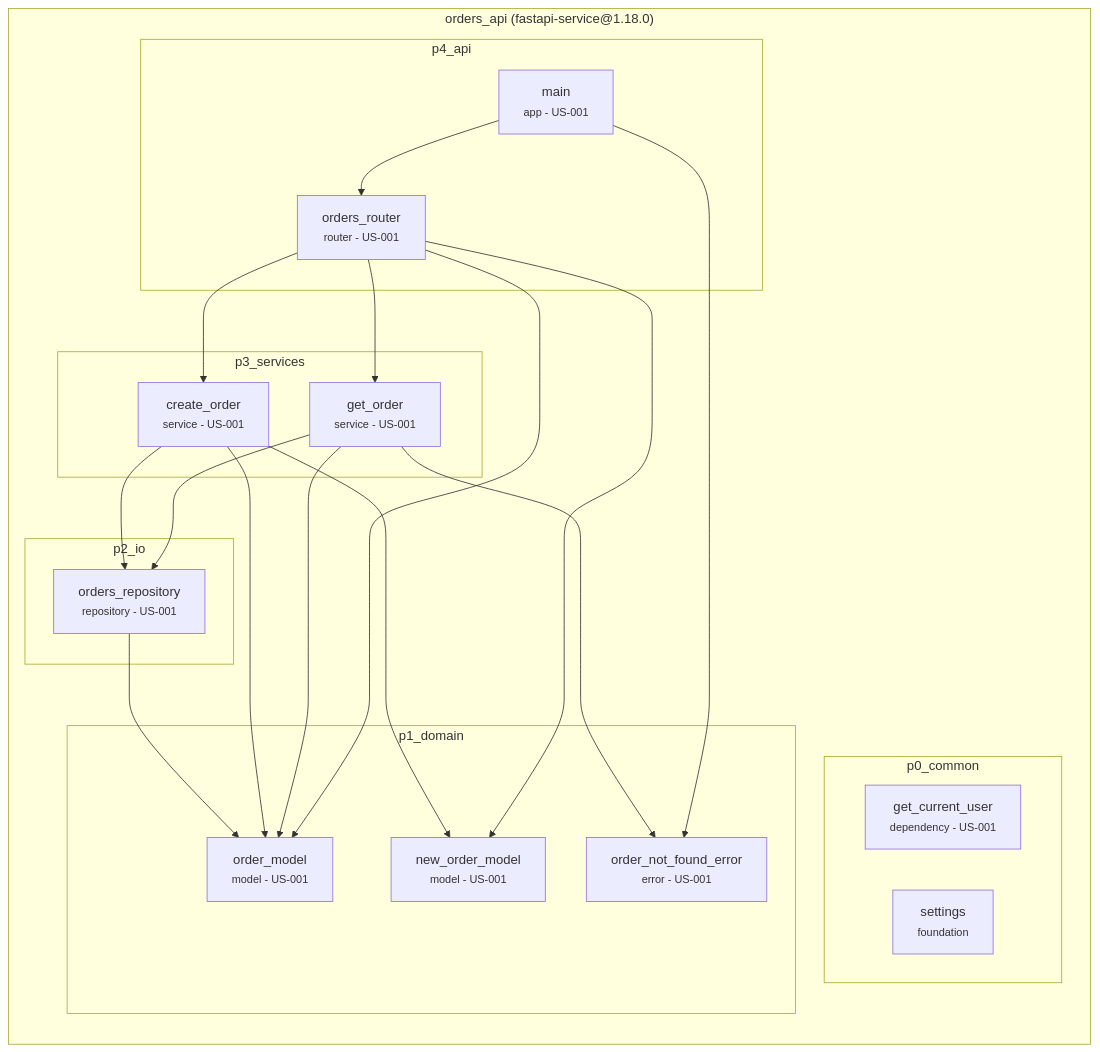
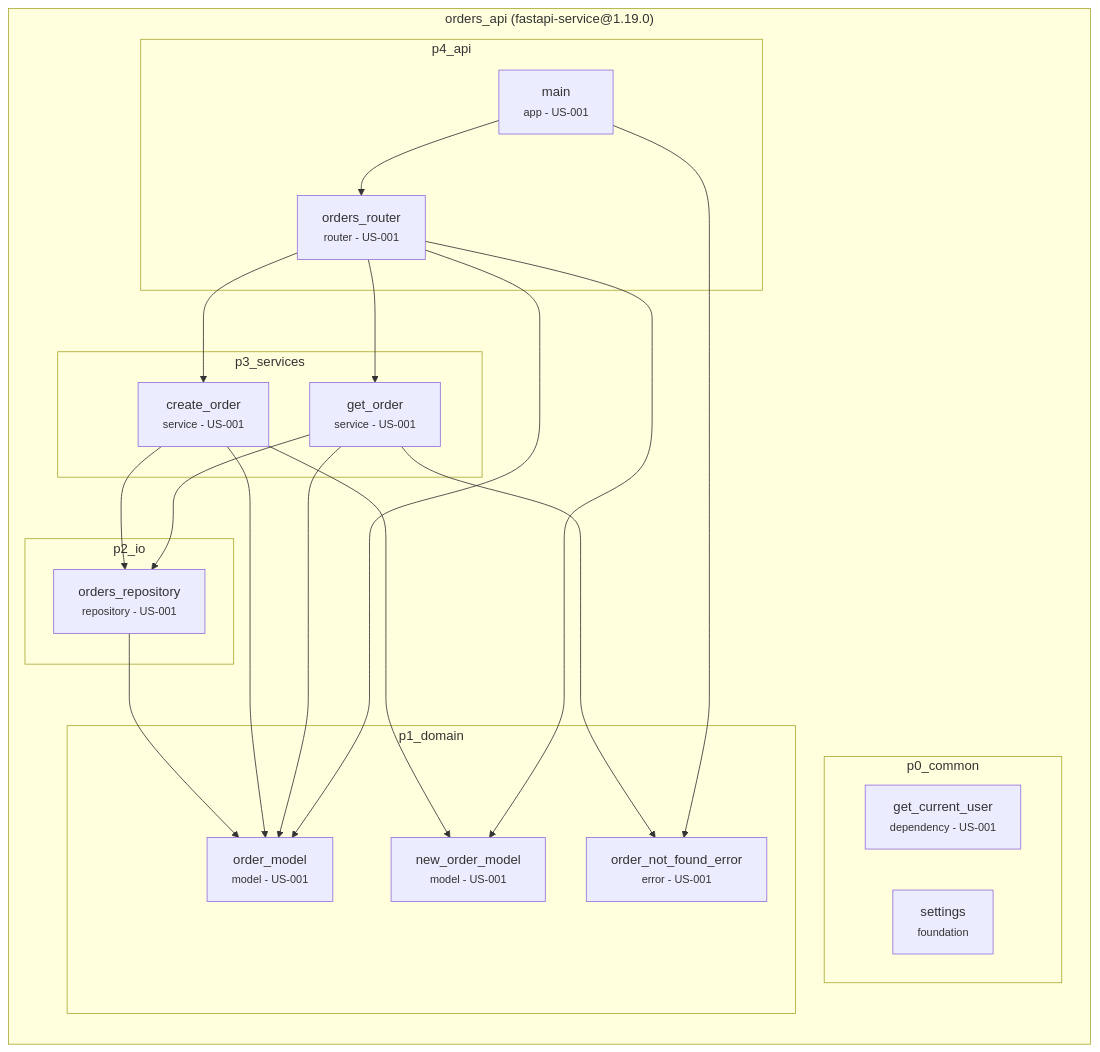
Before and after one commit to archvow/archvow-plugin: the diagram in contract/archvow/examples/fastapi-service/.archvow/spec.md, drawn with Mermaid. The commit also changed other lines of this file and 119 other files, not shown here.

````diff
--- a/contract/archvow/examples/fastapi-service/.archvow/spec.md
+++ b/contract/archvow/examples/fastapi-service/.archvow/spec.md
@@ -11,40 +11,40 @@
 ```mermaid
 flowchart TB
-  subgraph orders_api["orders_api (fastapi-service@1.18.0)"]
+  subgraph orders_api["orders_api (fastapi-service@1.19.0)"]
     direction TB
     subgraph orders_api__p0_common["p0_common"]
       orders_api__get_current_user["get_current_user<br/><small>dependency - US-001</small>"]
       orders_api__settings["settings<br/><small>foundation</small>"]
     end
     subgraph orders_api__p1_domain["p1_domain"]
       orders_api__new_order_model["new_order_model<br/><small>model - US-001</small>"]
       orders_api__order_model["order_model<br/><small>model - US-001</small>"]
       orders_api__order_not_found_error["order_not_found_error<br/><small>error - US-001</small>"]
     end
     subgraph orders_api__p2_io["p2_io"]
       orders_api__orders_repository["orders_repository<br/><small>repository - US-001</small>"]
     end
     subgraph orders_api__p3_services["p3_services"]
       orders_api__create_order["create_order<br/><small>service - US-001</small>"]
       orders_api__get_order["get_order<br/><small>service - US-001</small>"]
     end
     subgraph orders_api__p4_api["p4_api"]
       orders_api__main["main<br/><small>app - US-001</small>"]
       orders_api__orders_router["orders_router<br/><small>router - US-001</small>"]
     end
   end
   orders_api__orders_repository --> orders_api__order_model
   orders_api__create_order --> orders_api__order_model
   orders_api__create_order --> orders_api__new_order_model
   orders_api__create_order --> orders_api__orders_repository
   orders_api__get_order --> orders_api__order_model
   orders_api__get_order --> orders_api__order_not_found_error
   orders_api__get_order --> orders_api__orders_repository
   orders_api__main --> orders_api__orders_router
   orders_api__main --> orders_api__order_not_found_error
   orders_api__orders_router --> orders_api__create_order
   orders_api__orders_router --> orders_api__get_order
   orders_api__orders_router --> orders_api__order_model
   orders_api__orders_router --> orders_api__new_order_model
   classDef empty fill:none,stroke:none
 ```
````
